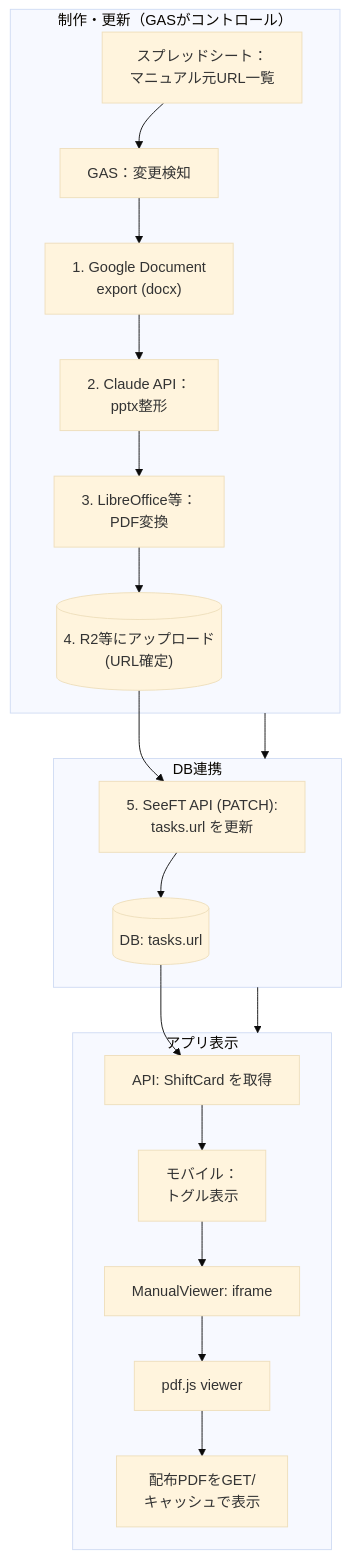
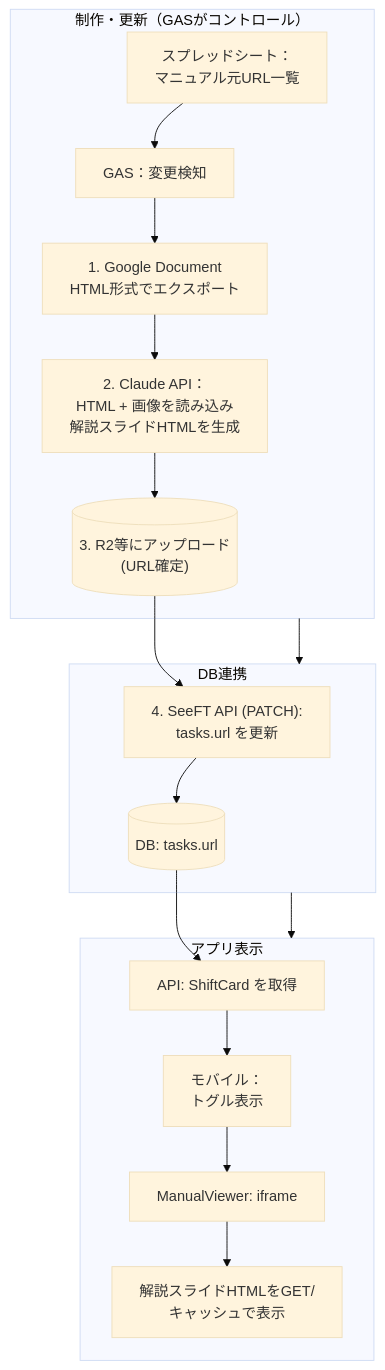
The first of 3 diagrams in .claude/manual-viewer-internal-architecture.md (NUTFes/SeeFT), drawn with Mermaid (base theme) before and after one commit. The commit also changed other lines of this file and 4 other files, not shown here.

````diff
--- a/.claude/manual-viewer-internal-architecture.md
+++ b/.claude/manual-viewer-internal-architecture.md
@@ -62,27 +75,24 @@
 ```mermaid
 flowchart TD
     subgraph A[制作・更新（GASがコントロール）]
         S[スプレッドシート：<br/>マニュアル元URL一覧] --> G[GAS：変更検知]
-        G --> D1["1. Google Document<br/>export (docx)"]
-        D1 --> C["2. Claude API：<br/>pptx整形"]
-        C --> P["3. LibreOffice等：<br/>PDF変換"]
-        P --> O[("4. R2等にアップロード<br/>(URL確定)")]
+        G --> D1["1. Google Document<br/>HTML形式でエクスポート"]
+        D1 --> C["2. Claude API：<br/>HTML + 画像を読み込み<br/>解説スライドHTMLを生成"]
+        C --> O[("3. R2等にアップロード<br/>(URL確定)")]
     end
 
     subgraph B[DB連携]
-        O --> PATCH["5. SeeFT API (PATCH):<br/>tasks.url を更新"]
+        O --> PATCH["4. SeeFT API (PATCH):<br/>tasks.url を更新"]
         PATCH --> DB[(DB: tasks.url)]
     end
 
     subgraph C_App[アプリ表示]
         DB --> API["API: ShiftCard を取得"]
         API --> Mobile["モバイル：<br/>トグル表示"]
         Mobile --> IF["ManualViewer: iframe"]
-        IF --> PDFV["pdf.js viewer"]
-        PDFV --> PDF["配布PDFをGET/<br/>キャッシュで表示"]
+        IF --> HTML["解説スライドHTMLをGET/<br/>キャッシュで表示"]
     end
 
-    %% サブグラフ間を繋ぐ
     A --> B
     B --> C_App
 ```
````
